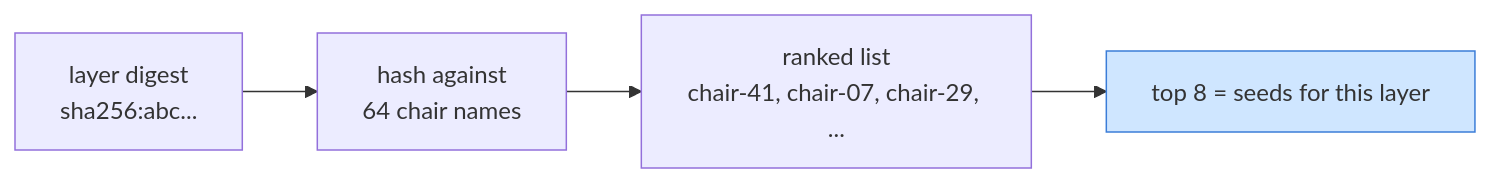
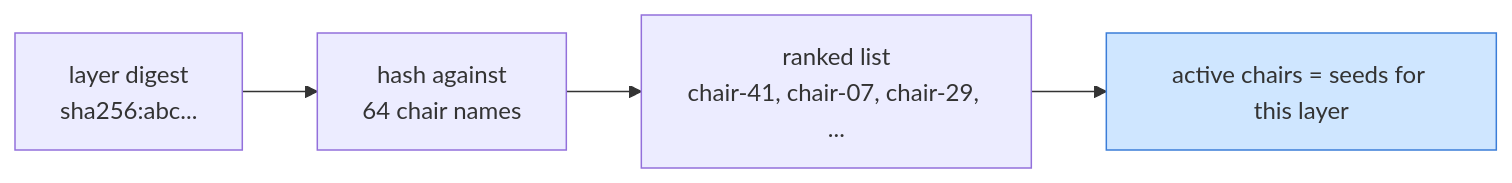
Before and after one commit to Azure/unbounded: the third of 9 diagrams in designs/gantry-cold-pull-explained.md, drawn with Mermaid. The commit also changed other lines of this file and 19 other files, not shown here.

````diff
--- a/designs/gantry-cold-pull-explained.md
+++ b/designs/gantry-cold-pull-explained.md
@@ -105,8 +105,8 @@
 ```mermaid
 flowchart LR
     D["layer digest<br/>sha256:abc..."] --> H["hash against<br/>64 chair names"]
     H --> RK["ranked list<br/>chair-41, chair-07, chair-29, ..."]
-    RK --> T["top 8 = seeds for this layer"]
+    RK --> T["active chairs = seeds for this layer"]
 
     style T fill:#cfe6ff,stroke:#3b7dd8
 ```
````
